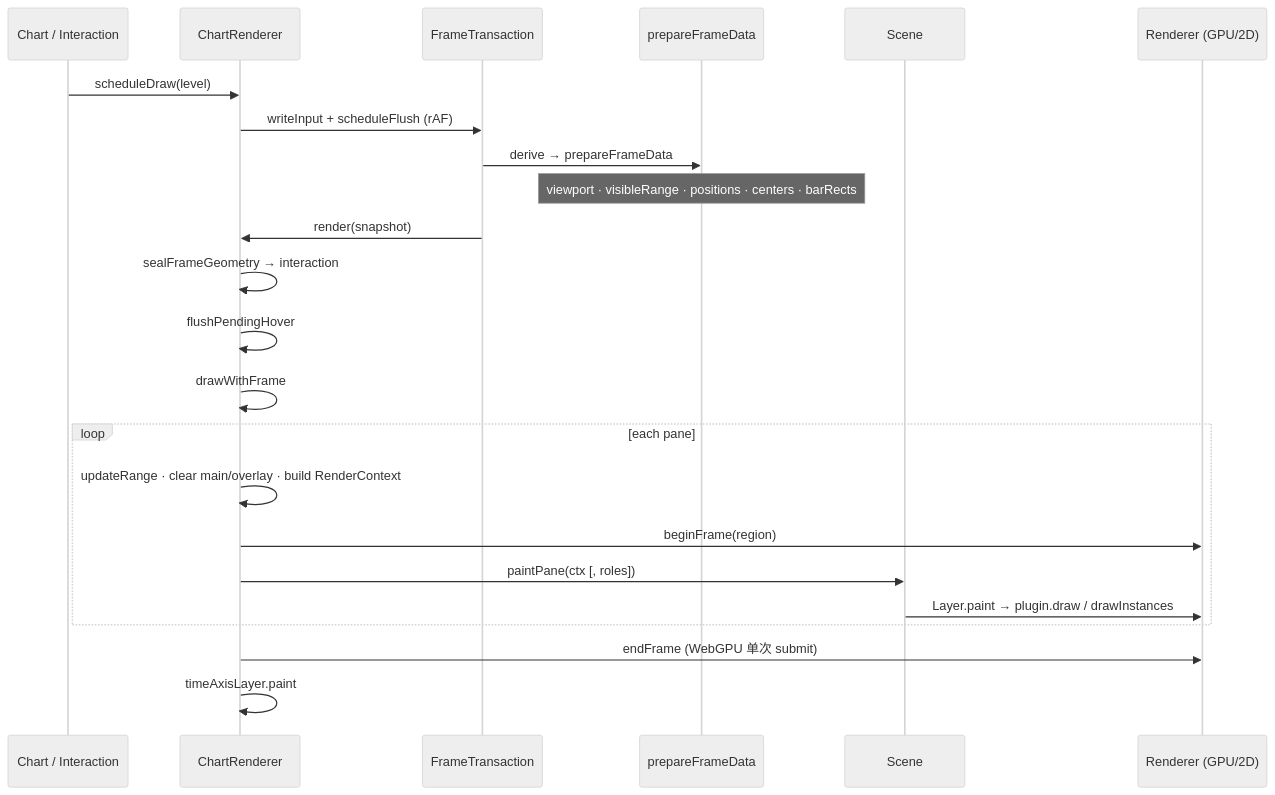
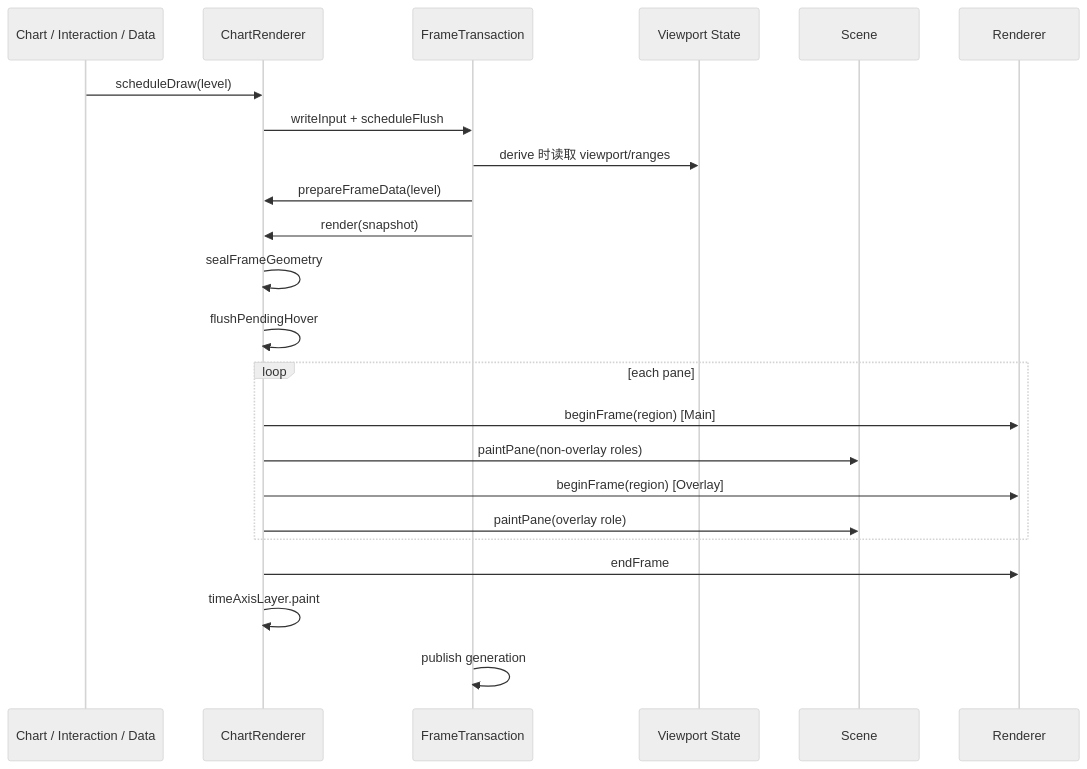
Before and after one commit to 363045841/KLineChartQuant: the diagram in docs/rendering-pipeline.md, drawn with Mermaid (neutral theme). The commit also changed other lines of this file and 1 other file, not shown here.

````diff
--- a/docs/rendering-pipeline.md
+++ b/docs/rendering-pipeline.md
@@ -109,26 +240,26 @@
 ```mermaid
 sequenceDiagram
-  participant Caller as Chart / Interaction
+  participant Caller as Chart / Interaction / Data
   participant CR as ChartRenderer
   participant FT as FrameTransaction
-  participant Prep as prepareFrameData
+  participant VP as Viewport State
   participant Scene as Scene
-  participant R as Renderer (GPU/2D)
+  participant R as Renderer
 
   Caller->>CR: scheduleDraw(level)
-  CR->>FT: writeInput + scheduleFlush (rAF)
-  FT->>Prep: derive → prepareFrameData
-  Note over Prep: viewport · visibleRange · positions · centers · barRects
+  CR->>FT: writeInput + scheduleFlush
+  FT->>VP: derive 时读取 viewport/ranges
+  FT->>CR: prepareFrameData(level)
   FT->>CR: render(snapshot)
-  CR->>CR: sealFrameGeometry → interaction
+  CR->>CR: sealFrameGeometry
   CR->>CR: flushPendingHover
-  CR->>CR: drawWithFrame
   loop each pane
-    CR->>CR: updateRange · clear main/overlay · build RenderContext
-    CR->>R: beginFrame(region)
-    CR->>Scene: paintPane(ctx [, roles])
-    Scene->>R: Layer.paint → plugin.draw / drawInstances
+    CR->>R: beginFrame(region) [Main]
+    CR->>Scene: paintPane(non-overlay roles)
+    CR->>R: beginFrame(region) [Overlay]
+    CR->>Scene: paintPane(overlay role)
   end
-  CR->>R: endFrame (WebGPU 单次 submit)
+  CR->>R: endFrame
   CR->>CR: timeAxisLayer.paint
+  FT->>FT: publish generation
 ```
````
